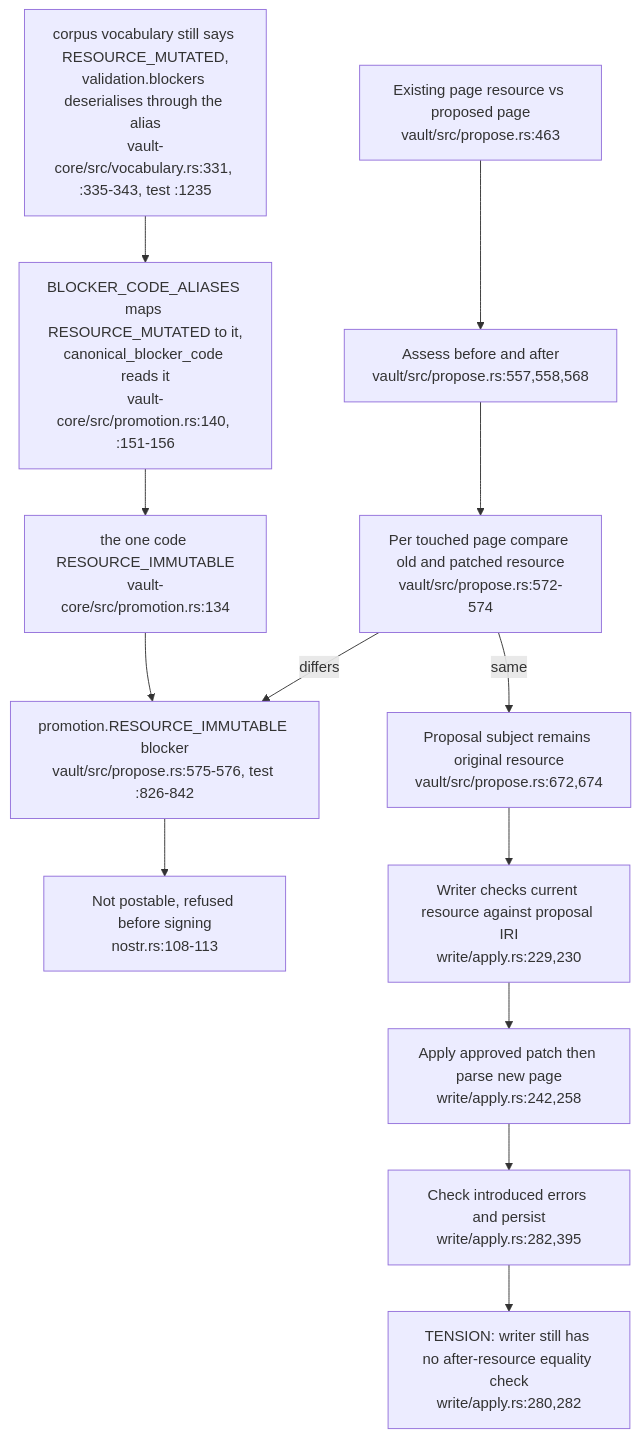
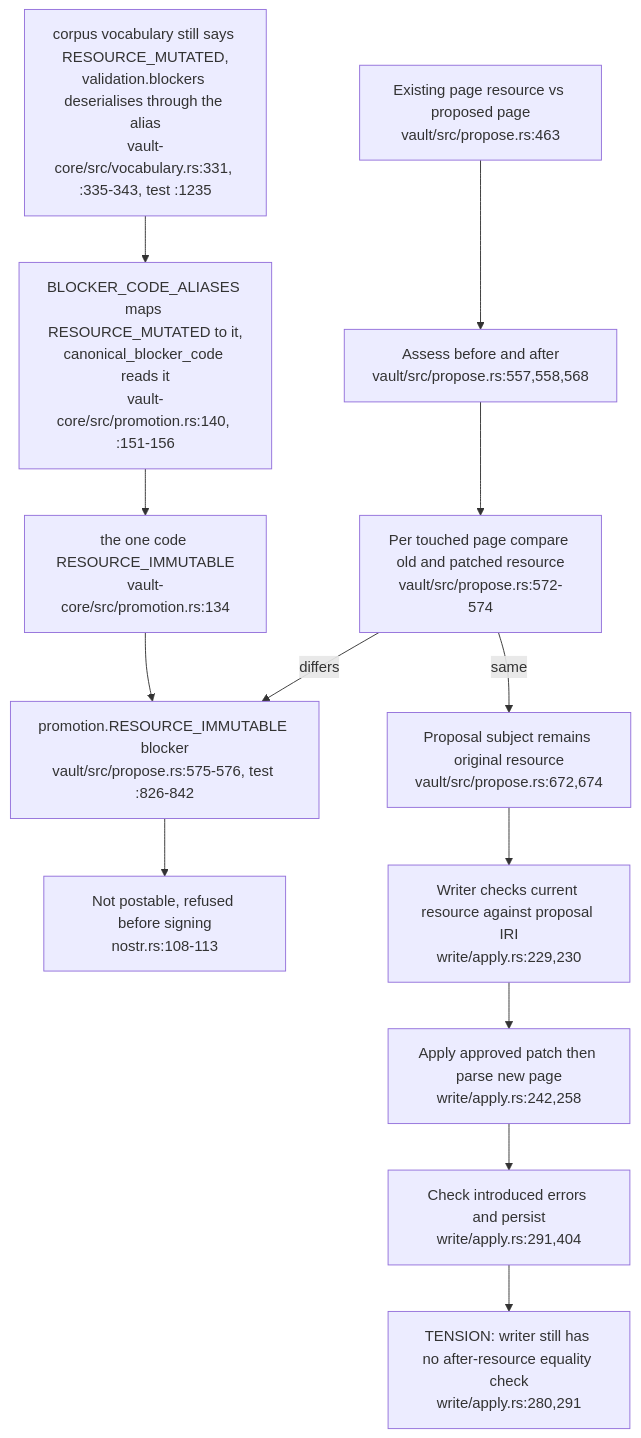
The fourth of 4 diagrams in docs/diagrams/visionclaw/41-proposal-construction-and-consumer-scope.md (DreamLab-AI/VisionFlow), drawn with Mermaid before and after one commit. The commit also changed other lines of this file and 154 other files, not shown here.

First line of the commit message:
docs(diagrams): re-stamp 154 topics whose every citation still reads the same text at the current heads

````diff
--- a/docs/diagrams/visionclaw/41-proposal-construction-and-consumer-scope.md
+++ b/docs/diagrams/visionclaw/41-proposal-construction-and-consumer-scope.md
@@ -97,15 +97,15 @@
 ```mermaid
 flowchart TD
     B["Existing page resource vs proposed page<br/>vault/src/propose.rs:463"] --> P["Assess before and after<br/>vault/src/propose.rs:557,558,568"]
     P --> RI["Per touched page compare old and patched resource<br/>vault/src/propose.rs:572-574"]
     RI -->|differs| BL["promotion.RESOURCE_IMMUTABLE blocker<br/>vault/src/propose.rs:575-576, test :826-842"]
     BL --> NP["Not postable, refused before signing<br/>nostr.rs:108-113"]
     RI -->|same| S["Proposal subject remains original resource<br/>vault/src/propose.rs:672,674"]
     S --> OLD["Writer checks current resource against proposal IRI<br/>write/apply.rs:229,230"]
     OLD --> PATCH["Apply approved patch then parse new page<br/>write/apply.rs:242,258"]
-    PATCH --> V["Check introduced errors and persist<br/>write/apply.rs:282,395"]
-    V --> NEW["TENSION: writer still has no after-resource equality check<br/>write/apply.rs:280,282"]
+    PATCH --> V["Check introduced errors and persist<br/>write/apply.rs:291,404"]
+    V --> NEW["TENSION: writer still has no after-resource equality check<br/>write/apply.rs:280,291"]
     K["the one code RESOURCE_IMMUTABLE<br/>vault-core/src/promotion.rs:134"] --> BL
     AL["BLOCKER_CODE_ALIASES maps RESOURCE_MUTATED to it,<br/>canonical_blocker_code reads it<br/>vault-core/src/promotion.rs:140, :151-156"] --> K
     VOC["corpus vocabulary still says RESOURCE_MUTATED,<br/>validation.blockers deserialises through the alias<br/>vault-core/src/vocabulary.rs:331, :335-343, test :1235"] --> AL
 ```
````
